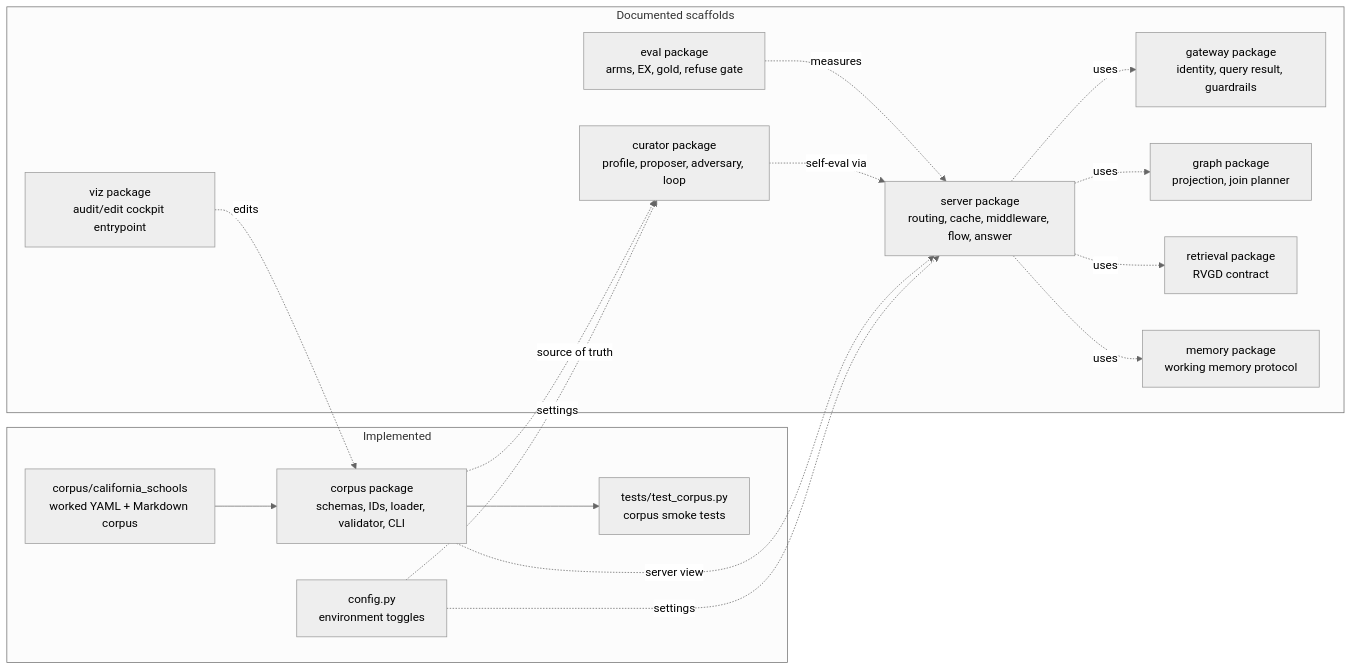
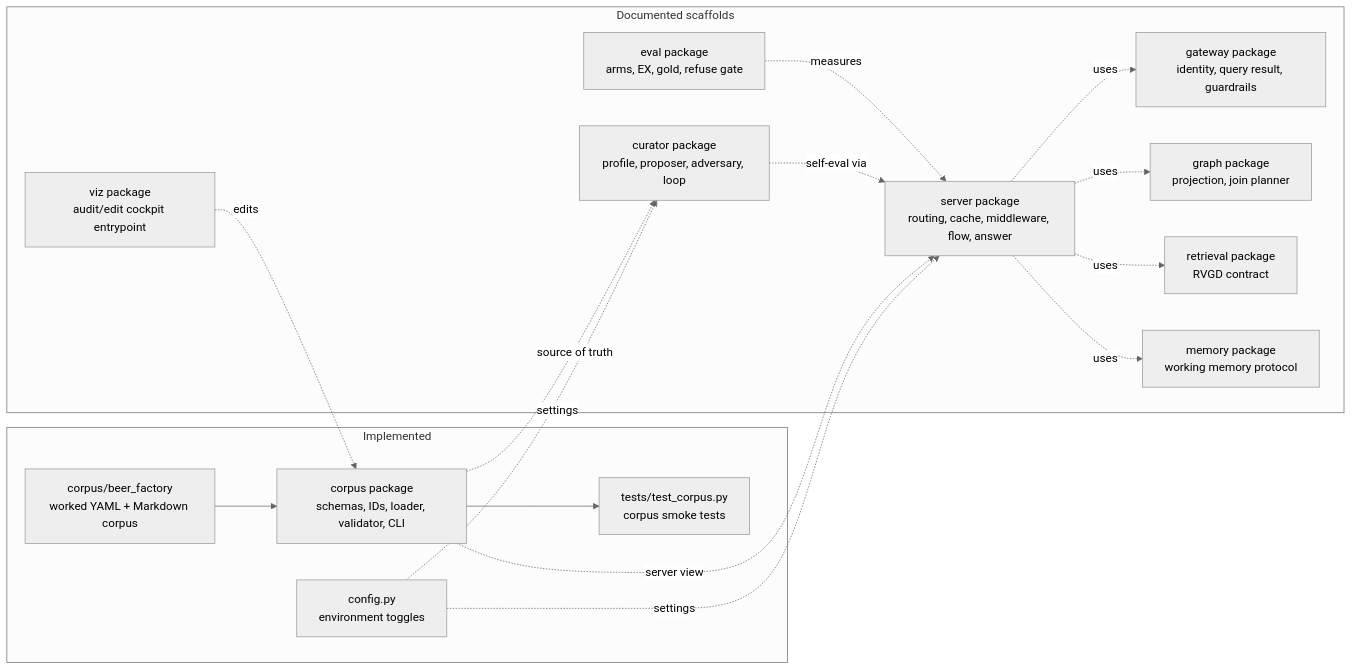
The first of 4 diagrams in docs/diagrams/overview.md (Minhao-Zhang/governed-bi), drawn with Mermaid (neutral theme) before and after one commit. The commit also changed 59 other files, not shown here.

First line of the commit message:
Add DB layer + corpus serializer; replace example with real beer_factory corpus

````diff
--- a/docs/diagrams/overview.md
+++ b/docs/diagrams/overview.md
@@ -8,34 +8,34 @@
 ```mermaid
 flowchart LR
     subgraph Implemented
         Config["config.py<br/>environment toggles"]
         CorpusPkg["corpus package<br/>schemas, IDs, loader, validator, CLI"]
-        ExampleCorpus["corpus/california_schools<br/>worked YAML + Markdown corpus"]
+        ExampleCorpus["corpus/beer_factory<br/>worked YAML + Markdown corpus"]
         Tests["tests/test_corpus.py<br/>corpus smoke tests"]
     end
 
     subgraph "Documented scaffolds"
         CuratorPkg["curator package<br/>profile, proposer, adversary, loop"]
         ServerPkg["server package<br/>routing, cache, middleware, flow, answer"]
         GatewayPkg["gateway package<br/>identity, query result, guardrails"]
         GraphPkg["graph package<br/>projection, join planner"]
         RetrievalPkg["retrieval package<br/>RVGD contract"]
         MemoryPkg["memory package<br/>working memory protocol"]
         EvalPkg["eval package<br/>arms, EX, gold, refuse gate"]
         VizPkg["viz package<br/>audit/edit cockpit entrypoint"]
     end
 
     ExampleCorpus --> CorpusPkg
     CorpusPkg --> Tests
     Config -. settings .-> CuratorPkg
     Config -. settings .-> ServerPkg
     CorpusPkg -. source of truth .-> CuratorPkg
     CorpusPkg -. server view .-> ServerPkg
     ServerPkg -. uses .-> GatewayPkg
     ServerPkg -. uses .-> GraphPkg
     ServerPkg -. uses .-> RetrievalPkg
     ServerPkg -. uses .-> MemoryPkg
     CuratorPkg -. self-eval via .-> ServerPkg
     EvalPkg -. measures .-> ServerPkg
     VizPkg -. edits .-> CorpusPkg
 ```
````
